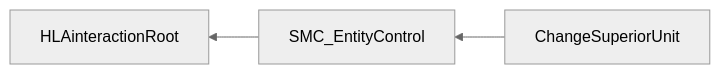
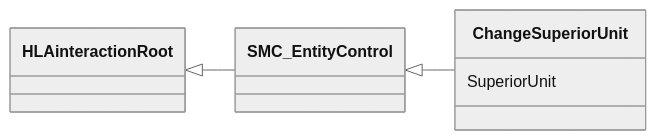
One commit to AMSP-04/NETN-ORG changed the second of 2 diagrams in NETN-ORG.md. Above: the diagram before and after it, drawn with Mermaid (neutral theme). The commit also changed other lines of this file, not shown here.

````diff
--- a/NETN-ORG.md
+++ b/NETN-ORG.md
@@ -119,5 +162,7 @@
 ```mermaid
-graph RL
-SMC_EntityControl-->HLAinteractionRoot
-ChangeSuperiorUnit-->SMC_EntityControl
+classDiagram 
+direction LR
+HLAinteractionRoot <|-- SMC_EntityControl
+SMC_EntityControl <|-- ChangeSuperiorUnit
+ChangeSuperiorUnit : SuperiorUnit
 ```
````
